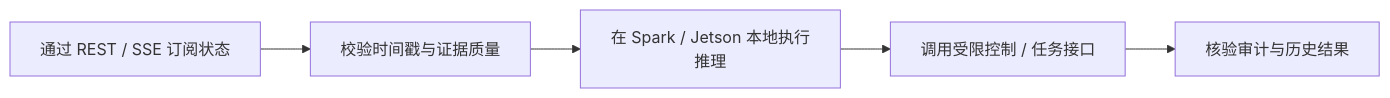
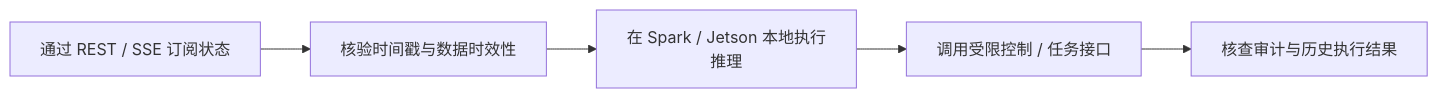
The diagram in docs/ai-customization.zh-CN.md (HKUOpenSource/OpenAirKit), drawn with Mermaid before and after one commit. The commit also changed other lines of this file and 40 other files, not shown here.

````diff
--- a/docs/ai-customization.zh-CN.md
+++ b/docs/ai-customization.zh-CN.md
@@ -32,7 +40,7 @@
 ```mermaid
 flowchart LR
-  OBS["通过 REST / SSE 订阅状态"] --> VAL["校验时间戳与证据质量"]
+  OBS["通过 REST / SSE 订阅状态"] --> VAL["核验时间戳与数据时效性"]
   VAL --> INF["在 Spark / Jetson 本地执行推理"]
   INF --> ACT["调用受限控制 / 任务接口"]
-  ACT --> AUD["核验审计与历史结果"]
+  ACT --> AUD["核查审计与历史执行结果"]
 ```
````
